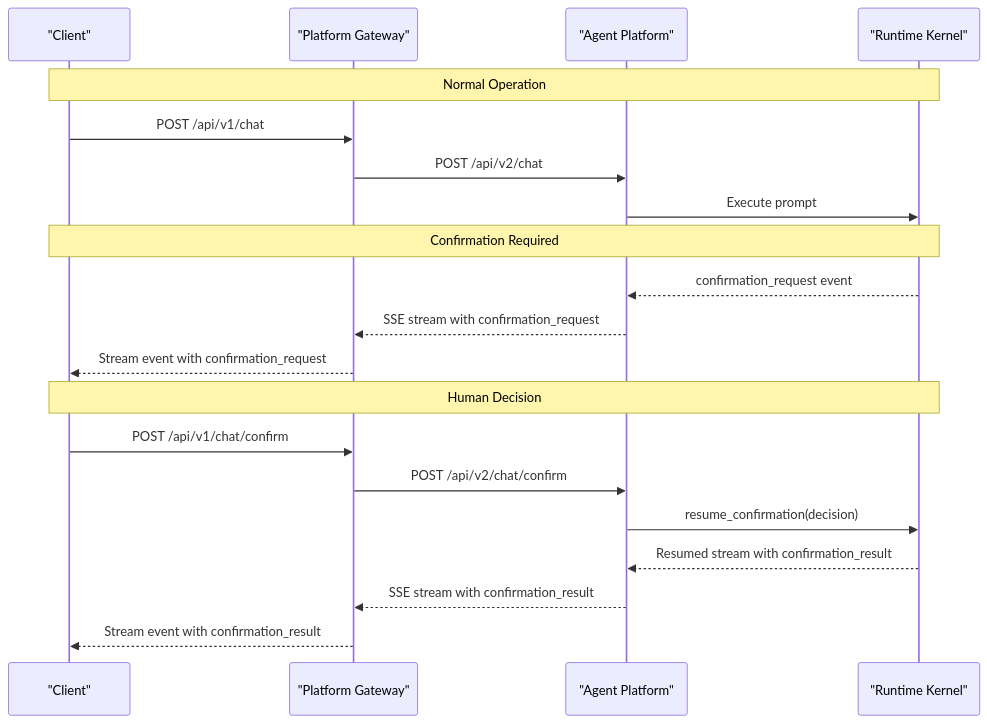
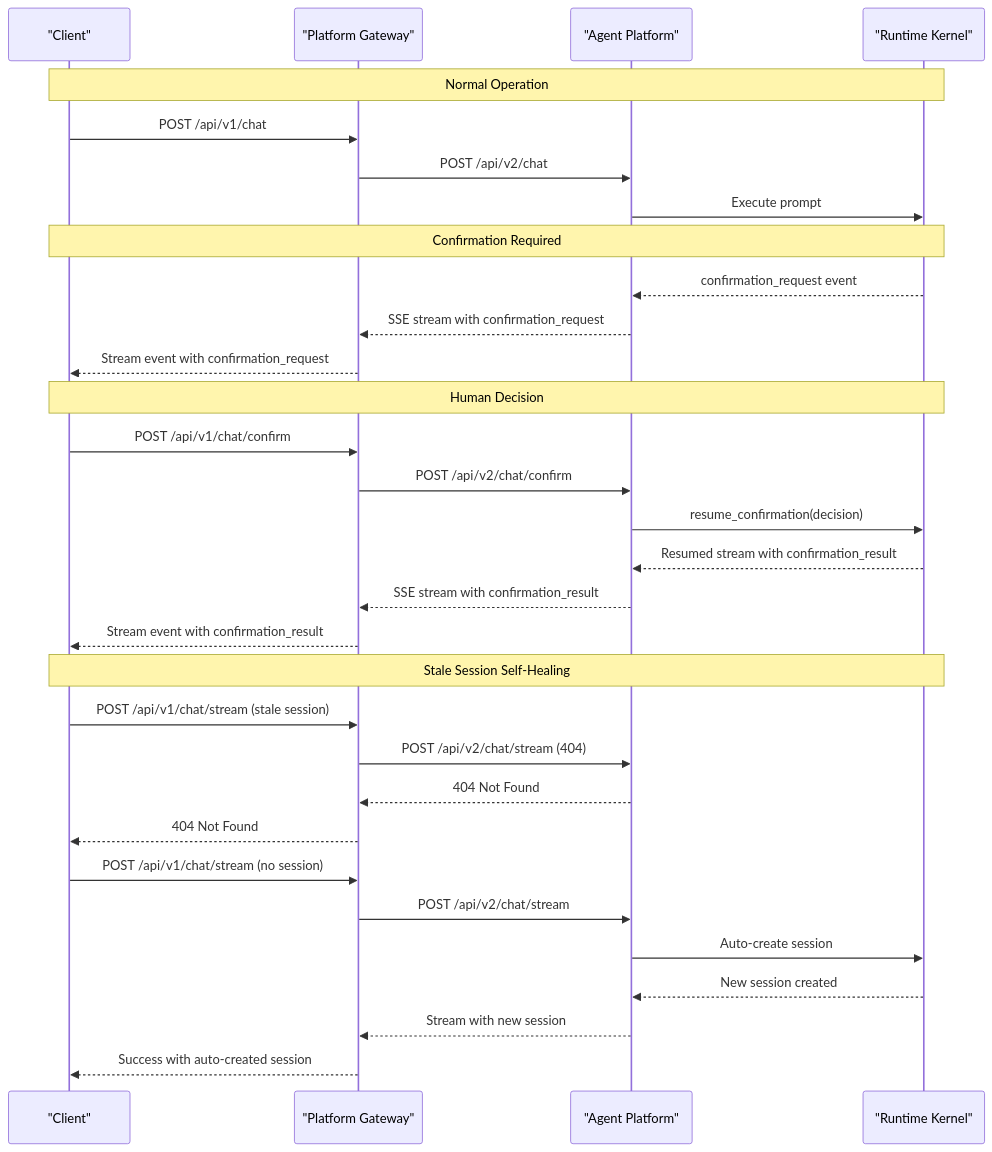
Before and after one commit to metasync/luban-aiops: the fourth of 4 diagrams in .qoder/repowiki/en/content/API Reference/Agent Platform API/Chat Endpoints.md, drawn with Mermaid. The commit also changed other lines of this file and 26 other files, not shown here.

````diff
--- a/.qoder/repowiki/en/content/API Reference/Agent Platform API/Chat Endpoints.md
+++ b/.qoder/repowiki/en/content/API Reference/Agent Platform API/Chat Endpoints.md
@@ -561,22 +621,33 @@
 ```mermaid
 sequenceDiagram
 participant Client as "Client"
 participant Gateway as "Platform Gateway"
 participant Agent as "Agent Platform"
 participant Kernel as "Runtime Kernel"
 Note over Client,Kernel : Normal Operation
 Client->>Gateway : POST /api/v1/chat
 Gateway->>Agent : POST /api/v2/chat
 Agent->>Kernel : Execute prompt
 Note over Client,Kernel : Confirmation Required
 Kernel-->>Agent : confirmation_request event
 Agent-->>Gateway : SSE stream with confirmation_request
 Gateway-->>Client : Stream event with confirmation_request
 Note over Client,Kernel : Human Decision
 Client->>Gateway : POST /api/v1/chat/confirm
 Gateway->>Agent : POST /api/v2/chat/confirm
 Agent->>Kernel : resume_confirmation(decision)
 Kernel-->>Agent : Resumed stream with confirmation_result
 Agent-->>Gateway : SSE stream with confirmation_result
 Gateway-->>Client : Stream event with confirmation_result
+Note over Client,Kernel : Stale Session Self-Healing
+Client->>Gateway : POST /api/v1/chat/stream (stale session)
+Gateway->>Agent : POST /api/v2/chat/stream (404)
+Agent-->>Gateway : 404 Not Found
+Gateway-->>Client : 404 Not Found
+Client->>Gateway : POST /api/v1/chat/stream (no session)
+Gateway->>Agent : POST /api/v2/chat/stream
+Agent->>Kernel : Auto-create session
+Kernel-->>Agent : New session created
+Agent-->>Gateway : Stream with new session
+Gateway-->>Client : Success with auto-created session
 ```
````
